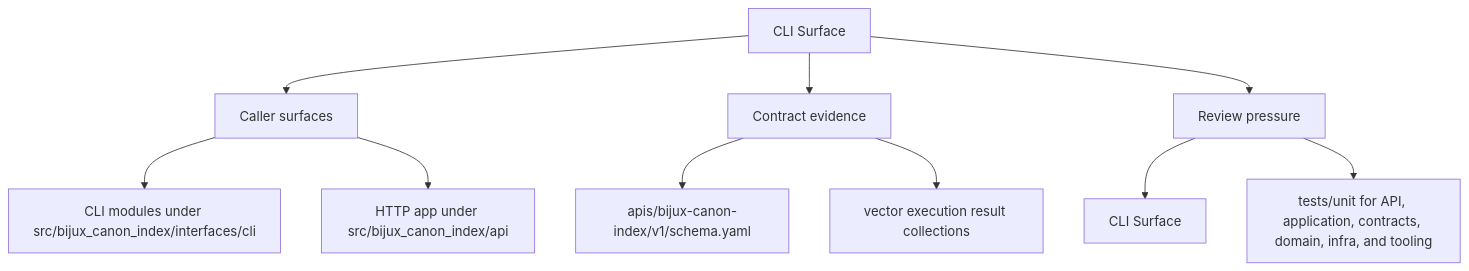
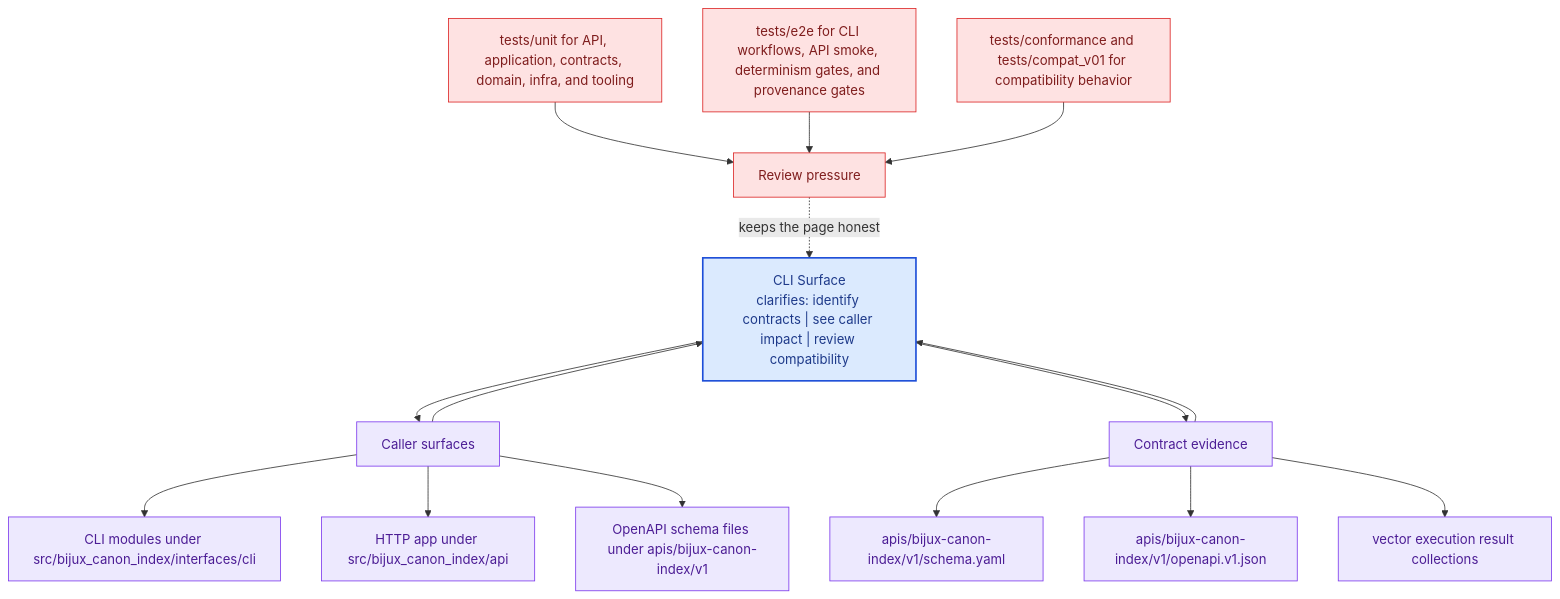
The second of 2 diagrams in docs/bijux-canon-index/interfaces/cli-surface.md (bijux/bijux-canon), drawn with Mermaid before and after one commit. The commit also changed other lines of this file and 281 other files, not shown here.

Commit message:
docs(diagrams): deepen handbook mermaid maps across the catalog

````diff
--- a/docs/bijux-canon-index/interfaces/cli-surface.md
+++ b/docs/bijux-canon-index/interfaces/cli-surface.md
@@ -36,22 +69,41 @@
 ```mermaid
-flowchart TD
-    page["CLI Surface"]
+flowchart TB
+    promise["CLI Surface<br/>clarifies: identify contracts | see caller impact | review compatibility"]
+    classDef promise fill:#dbeafe,stroke:#1d4ed8,color:#1e3a8a,stroke-width:2px;
+    classDef driver fill:#dcfce7,stroke:#16a34a,color:#14532d;
+    classDef constraint fill:#fee2e2,stroke:#dc2626,color:#7f1d1d;
+    classDef ground fill:#ede9fe,stroke:#7c3aed,color:#4c1d95;
     focus1["Caller surfaces"]
-    page --> focus1
+    focus1 --> promise
+    promise --> focus1
     focus1_1["CLI modules under src/bijux_canon_index/interfaces/cli"]
     focus1 --> focus1_1
     focus1_2["HTTP app under src/bijux_canon_index/api"]
     focus1 --> focus1_2
+    focus1_3["OpenAPI schema files under apis/bijux-canon-index/v1"]
+    focus1 --> focus1_3
+    class focus1 ground;
+    class focus1_1,focus1_2,focus1_3 ground;
     focus2["Contract evidence"]
-    page --> focus2
+    focus2 --> promise
+    promise --> focus2
     focus2_1["apis/bijux-canon-index/v1/schema.yaml"]
     focus2 --> focus2_1
-    focus2_2["vector execution result collections"]
+    focus2_2["apis/bijux-canon-index/v1/openapi.v1.json"]
     focus2 --> focus2_2
+    focus2_3["vector execution result collections"]
+    focus2 --> focus2_3
+    class focus2 ground;
+    class focus2_1,focus2_2,focus2_3 ground;
     focus3["Review pressure"]
-    page --> focus3
-    focus3_1["CLI Surface"]
-    focus3 --> focus3_1
-    focus3_2["tests/unit for API, application, contracts, domain, infra, and tooling"]
-    focus3 --> focus3_2
+    focus3 -.keeps the page honest.-> promise
+    focus3_1["tests/unit for API, application, contracts, domain, infra, and tooling"]
+    focus3_1 --> focus3
+    focus3_2["tests/e2e for CLI workflows, API smoke, determinism gates, and provenance gates"]
+    focus3_2 --> focus3
+    focus3_3["tests/conformance and tests/compat_v01 for compatibility behavior"]
+    focus3_3 --> focus3
+    class focus3 constraint;
+    class focus3_1,focus3_2,focus3_3 constraint;
+    class promise promise;
 ```
````
